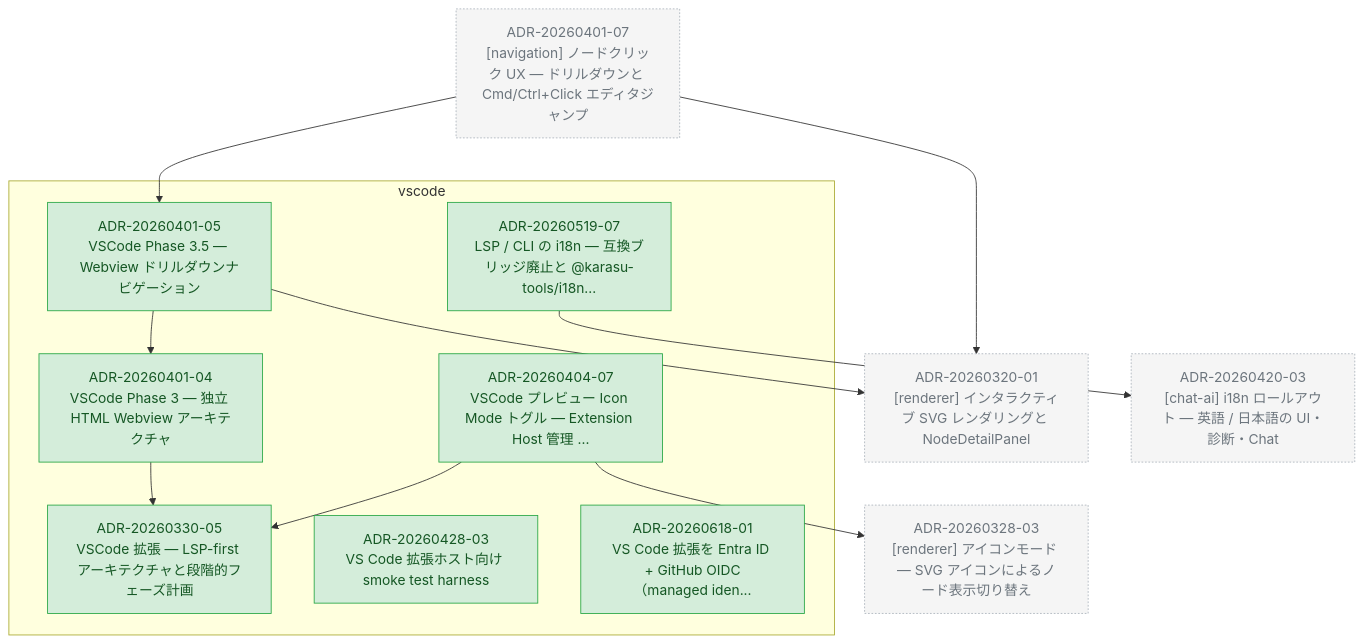
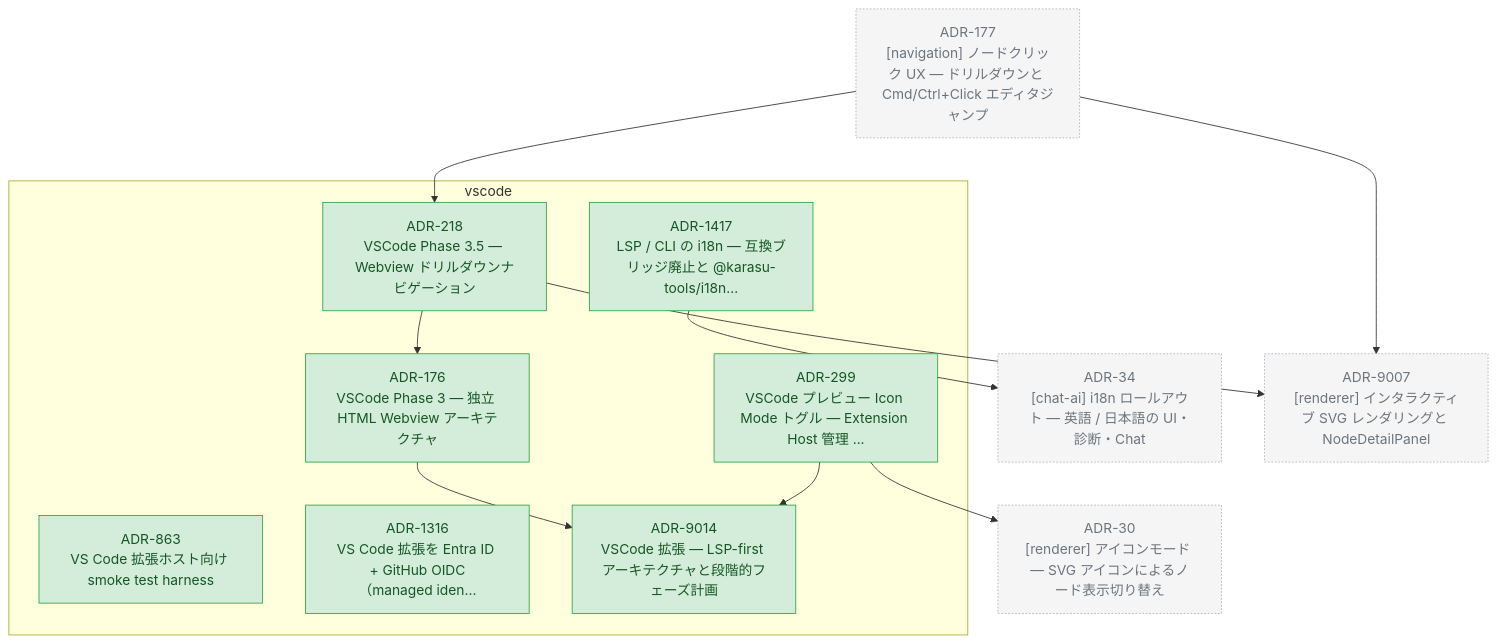
The diagram in docs/adr/graph/vscode.md (kompiro/karasu), drawn with Mermaid before and after one commit. The commit also changed 836 other files, not shown here.

````diff
--- a/docs/adr/graph/vscode.md
+++ b/docs/adr/graph/vscode.md
@@ -6,42 +6,42 @@
 ```mermaid
 flowchart TD
   subgraph vscode["vscode"]
-    ADR_20260330_05["ADR-20260330-05<br/>VSCode 拡張 — LSP-first アーキテクチャと段階的フェーズ計画"]
-    ADR_20260401_04["ADR-20260401-04<br/>VSCode Phase 3 — 独立 HTML Webview アーキテクチャ"]
-    ADR_20260401_05["ADR-20260401-05<br/>VSCode Phase 3.5 — Webview ドリルダウンナビゲーション"]
-    ADR_20260404_07["ADR-20260404-07<br/>VSCode プレビュー Icon Mode トグル — Extension Host 管理 ..."]
-    ADR_20260428_03["ADR-20260428-03<br/>VS Code 拡張ホスト向け smoke test harness"]
-    ADR_20260519_07["ADR-20260519-07<br/>LSP / CLI の i18n — 互換ブリッジ廃止と @karasu-tools/i18n..."]
-    ADR_20260618_01["ADR-20260618-01<br/>VS Code 拡張を Entra ID + GitHub OIDC（managed iden..."]
+    ADR_176["ADR-176<br/>VSCode Phase 3 — 独立 HTML Webview アーキテクチャ"]
+    ADR_218["ADR-218<br/>VSCode Phase 3.5 — Webview ドリルダウンナビゲーション"]
+    ADR_299["ADR-299<br/>VSCode プレビュー Icon Mode トグル — Extension Host 管理 ..."]
+    ADR_863["ADR-863<br/>VS Code 拡張ホスト向け smoke test harness"]
+    ADR_1316["ADR-1316<br/>VS Code 拡張を Entra ID + GitHub OIDC（managed iden..."]
+    ADR_1417["ADR-1417<br/>LSP / CLI の i18n — 互換ブリッジ廃止と @karasu-tools/i18n..."]
+    ADR_9014["ADR-9014<br/>VSCode 拡張 — LSP-first アーキテクチャと段階的フェーズ計画"]
   end
-  ADR_20260320_01["ADR-20260320-01<br/>[renderer] インタラクティブ SVG レンダリングと NodeDetailPanel"]
-  ADR_20260328_03["ADR-20260328-03<br/>[renderer] アイコンモード — SVG アイコンによるノード表示切り替え"]
-  ADR_20260401_07["ADR-20260401-07<br/>[navigation] ノードクリック UX — ドリルダウンと Cmd/Ctrl+Click エディタジャンプ"]
-  ADR_20260420_03["ADR-20260420-03<br/>[chat-ai] i18n ロールアウト — 英語 / 日本語の UI・診断・Chat"]
-  ADR_20260401_04 --> ADR_20260330_05
-  ADR_20260401_05 --> ADR_20260401_04
-  ADR_20260401_05 --> ADR_20260320_01
-  ADR_20260404_07 --> ADR_20260328_03
-  ADR_20260404_07 --> ADR_20260330_05
-  ADR_20260519_07 --> ADR_20260420_03
-  ADR_20260401_07 --> ADR_20260320_01
-  ADR_20260401_07 --> ADR_20260401_05
+  ADR_30["ADR-30<br/>[renderer] アイコンモード — SVG アイコンによるノード表示切り替え"]
+  ADR_34["ADR-34<br/>[chat-ai] i18n ロールアウト — 英語 / 日本語の UI・診断・Chat"]
+  ADR_177["ADR-177<br/>[navigation] ノードクリック UX — ドリルダウンと Cmd/Ctrl+Click エディタジャンプ"]
+  ADR_9007["ADR-9007<br/>[renderer] インタラクティブ SVG レンダリングと NodeDetailPanel"]
+  ADR_176 --> ADR_9014
+  ADR_218 --> ADR_176
+  ADR_218 --> ADR_9007
+  ADR_299 --> ADR_30
+  ADR_299 --> ADR_9014
+  ADR_1417 --> ADR_34
+  ADR_177 --> ADR_9007
+  ADR_177 --> ADR_218
 
   classDef accepted fill:#d4edda,stroke:#28a745,color:#155724
   classDef proposed fill:#fff3cd,stroke:#ffc107,color:#856404
   classDef deprecated fill:#f8d7da,stroke:#dc3545,color:#721c24
   classDef superseded fill:#e2e3e5,stroke:#6c757d,color:#383d41
   classDef not_adopted fill:#e2e3e5,stroke:#6c757d,color:#383d41,stroke-dasharray:3 3
   classDef ghost fill:#f5f5f5,stroke:#adb5bd,color:#6c757d,stroke-dasharray:2 2
-  class ADR_20260330_05 accepted
-  class ADR_20260401_04 accepted
-  class ADR_20260401_05 accepted
-  class ADR_20260404_07 accepted
-  class ADR_20260428_03 accepted
-  class ADR_20260519_07 accepted
-  class ADR_20260618_01 accepted
-  class ADR_20260320_01 ghost
-  class ADR_20260328_03 ghost
-  class ADR_20260401_07 ghost
-  class ADR_20260420_03 ghost
+  class ADR_176 accepted
+  class ADR_218 accepted
+  class ADR_299 accepted
+  class ADR_863 accepted
+  class ADR_1316 accepted
+  class ADR_1417 accepted
+  class ADR_9014 accepted
+  class ADR_30 ghost
+  class ADR_34 ghost
+  class ADR_177 ghost
+  class ADR_9007 ghost
 ```
````
